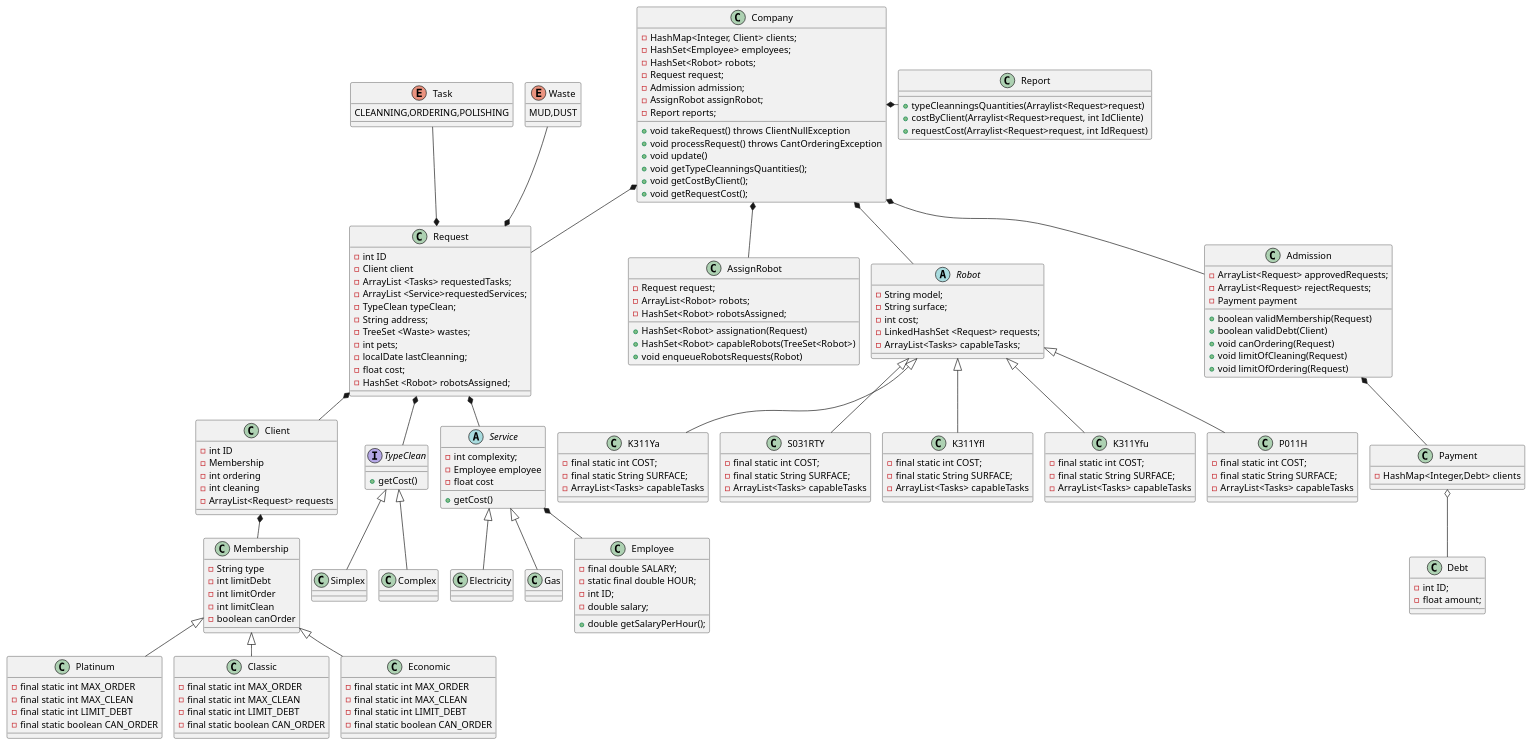
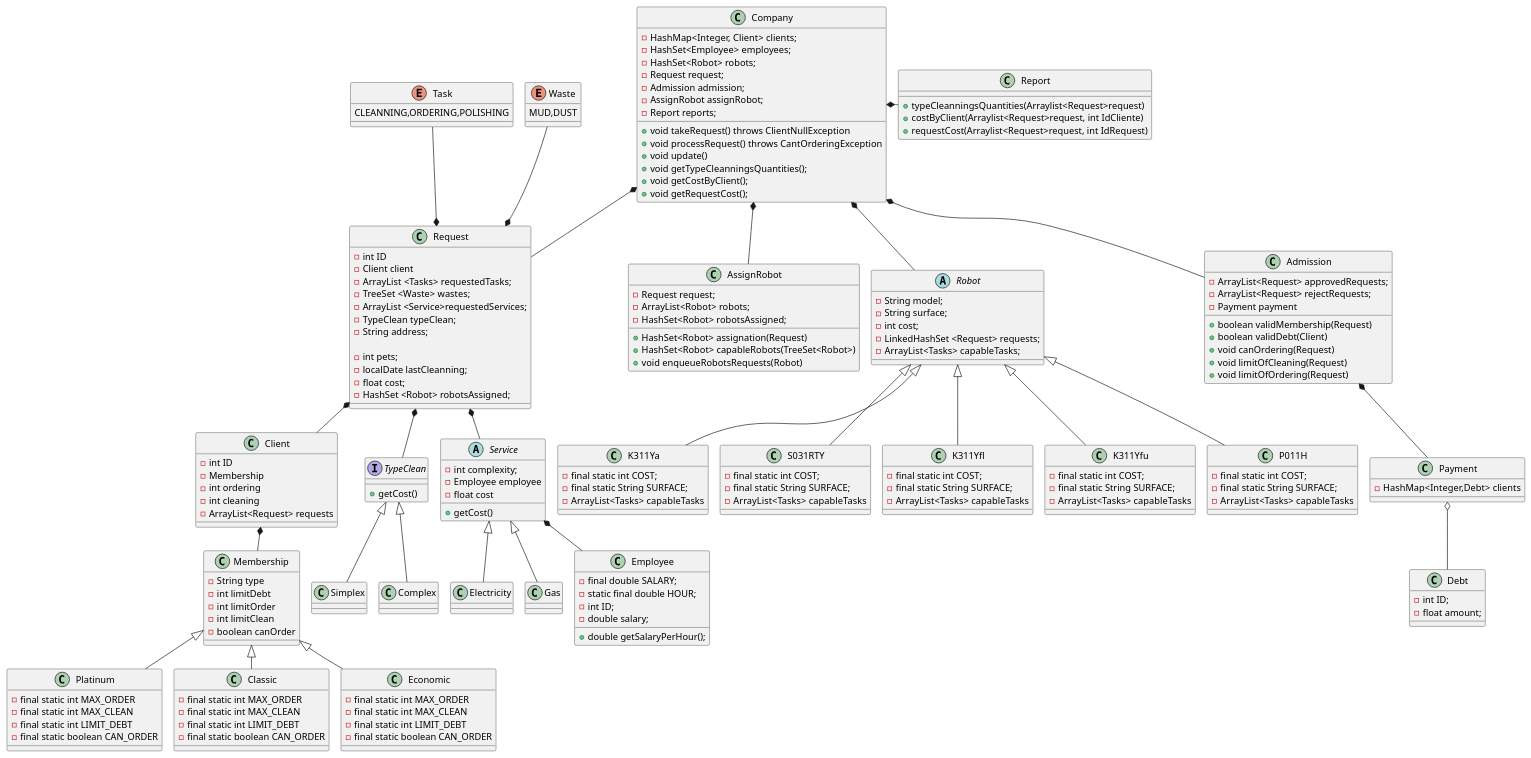
Before and after one commit to Grupo-3-Labo-y-prog/RobotsTP: the diagram in diagramas/FusionDiagramas.puml, drawn with PlantUML. The commit also changed 9 other files, not shown here.

```diff
--- a/diagramas/FusionDiagramas.puml
+++ b/diagramas/FusionDiagramas.puml
@@ -106,10 +106,11 @@
 - int ID
 - Client client
 - ArrayList <Tasks> requestedTasks;
+- TreeSet <Waste> wastes;
 - ArrayList <Service>requestedServices;
 - TypeClean typeClean;
 - String address;
-- TreeSet <Waste> wastes;
+
 - int pets;
 - localDate lastCleanning;
 - float cost;
```
